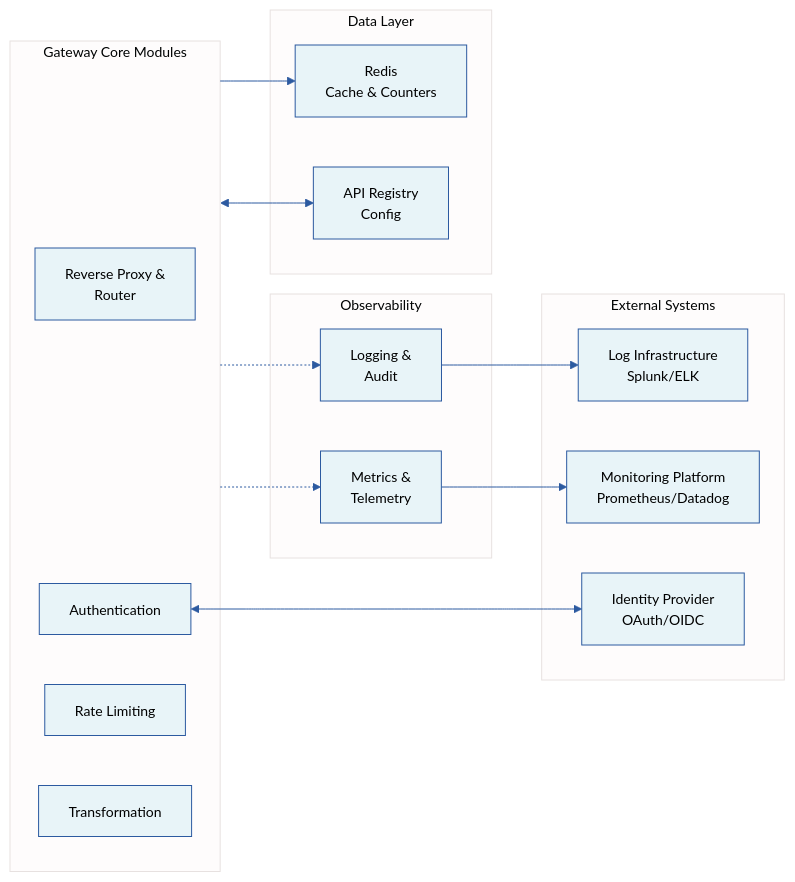
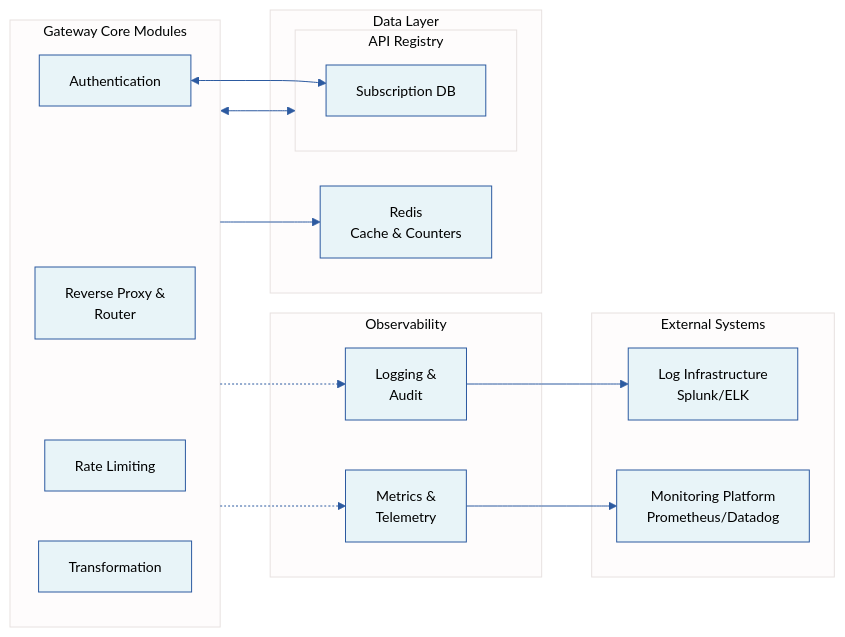
One commit to barbecuesteve/api-governance changed the fourth of 4 diagrams in build-from-scratch/01-api-gateway.md. Above: the diagram before and after it, drawn with Mermaid.

Commit message:
update scratch gateway doc

```diff
--- a/build-from-scratch/01-api-gateway.md
+++ b/build-from-scratch/01-api-gateway.md
@@ -128,34 +128,37 @@
 <pre class="mermaid">
 %%{init: {'theme':'base', 'themeVariables': { 'primaryColor':'#e8f4f8','primaryTextColor':'#000','primaryBorderColor':'#2c5aa0','lineColor':'#2c5aa0','edgeLabelBackground':'#fff','fontSize':'14px'}}}%%
 flowchart LR
     subgraph Core["Gateway Core Modules"]
         Router[Reverse Proxy &<br/>Router]
         Auth[Authentication]
         RateLimit[Rate Limiting]
         Transform[Transformation]
     end
     
     subgraph Observability["Observability"]
         Logging[Logging &<br/>Audit]
         Metrics[Metrics &<br/>Telemetry]
     end
     
     subgraph Data["Data Layer"]
         Redis[Redis<br/>Cache & Counters]
         Registry[API Registry<br/>Config]
     end
     
     subgraph External["External Systems"]
-        IDP[Identity Provider<br/>OAuth/OIDC]
         LogInfra[Log Infrastructure<br/>Splunk/ELK]
         MonitoringPlatform[Monitoring Platform<br/>Prometheus/Datadog]
     end
     
+    subgraph Registry["API Registry"]
+        IDP[Subscription DB]
+    end
+
     Core --> Redis
     Core <--> Registry
     Auth <--> IDP
     Logging --> LogInfra
     Metrics --> MonitoringPlatform
     Core -.-> Logging
     Core -.-> Metrics
 </pre>
```
